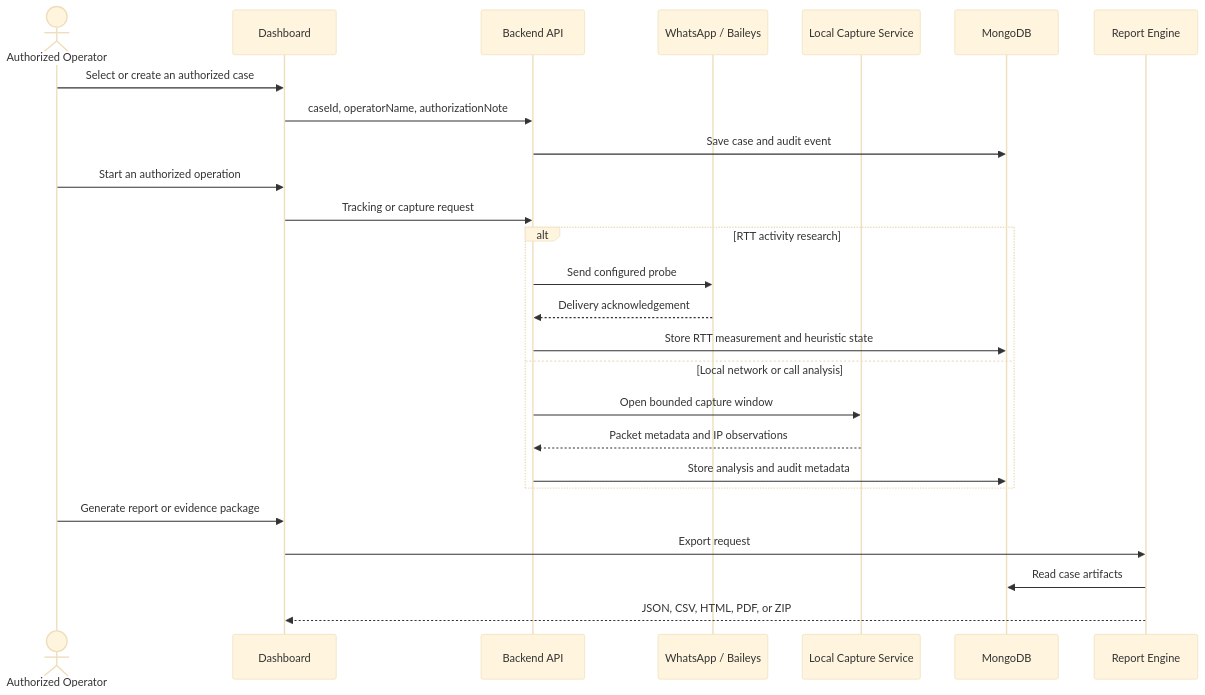
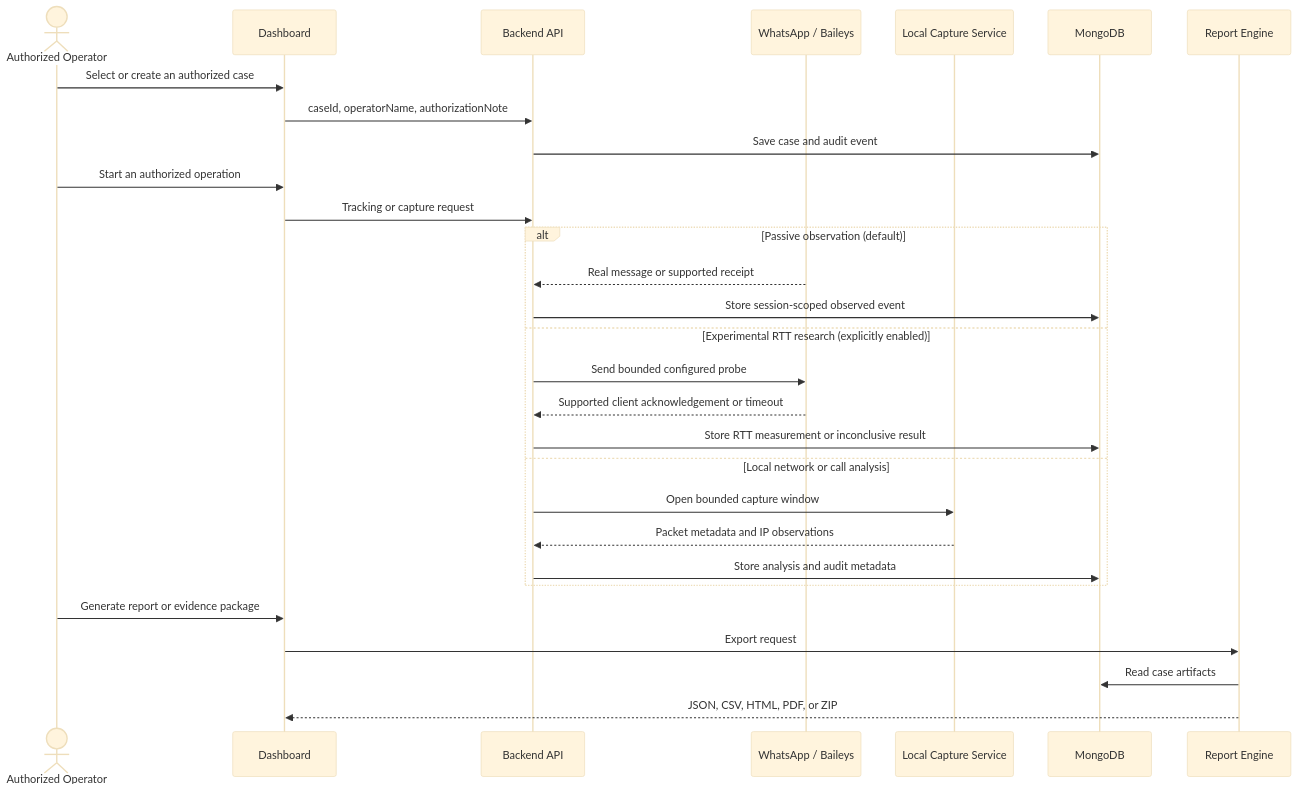
The third of 4 diagrams in README.md (deco31416/wp-monitor), drawn with Mermaid (base theme) before and after one commit. The commit also changed other lines of this file and 45 other files, not shown here.

````diff
--- a/README.md
+++ b/README.md
@@ -166,32 +166,35 @@
 ```mermaid
 sequenceDiagram
     actor Operator as Authorized Operator
     participant Dashboard
     participant API as Backend API
     participant WhatsApp as WhatsApp / Baileys
     participant Capture as Local Capture Service
     participant MongoDB
     participant Reports as Report Engine
 
     Operator->>Dashboard: Select or create an authorized case
     Dashboard->>API: caseId, operatorName, authorizationNote
     API->>MongoDB: Save case and audit event
 
     Operator->>Dashboard: Start an authorized operation
     Dashboard->>API: Tracking or capture request
 
-    alt RTT activity research
-        API->>WhatsApp: Send configured probe
-        WhatsApp-->>API: Delivery acknowledgement
-        API->>MongoDB: Store RTT measurement and heuristic state
+    alt Passive observation (default)
+        WhatsApp-->>API: Real message or supported receipt
+        API->>MongoDB: Store session-scoped observed event
+    else Experimental RTT research (explicitly enabled)
+        API->>WhatsApp: Send bounded configured probe
+        WhatsApp-->>API: Supported client acknowledgement or timeout
+        API->>MongoDB: Store RTT measurement or inconclusive result
     else Local network or call analysis
         API->>Capture: Open bounded capture window
         Capture-->>API: Packet metadata and IP observations
         API->>MongoDB: Store analysis and audit metadata
     end
 
     Operator->>Dashboard: Generate report or evidence package
     Dashboard->>Reports: Export request
     Reports->>MongoDB: Read case artifacts
     Reports-->>Dashboard: JSON, CSV, HTML, PDF, or ZIP
 ```
````
